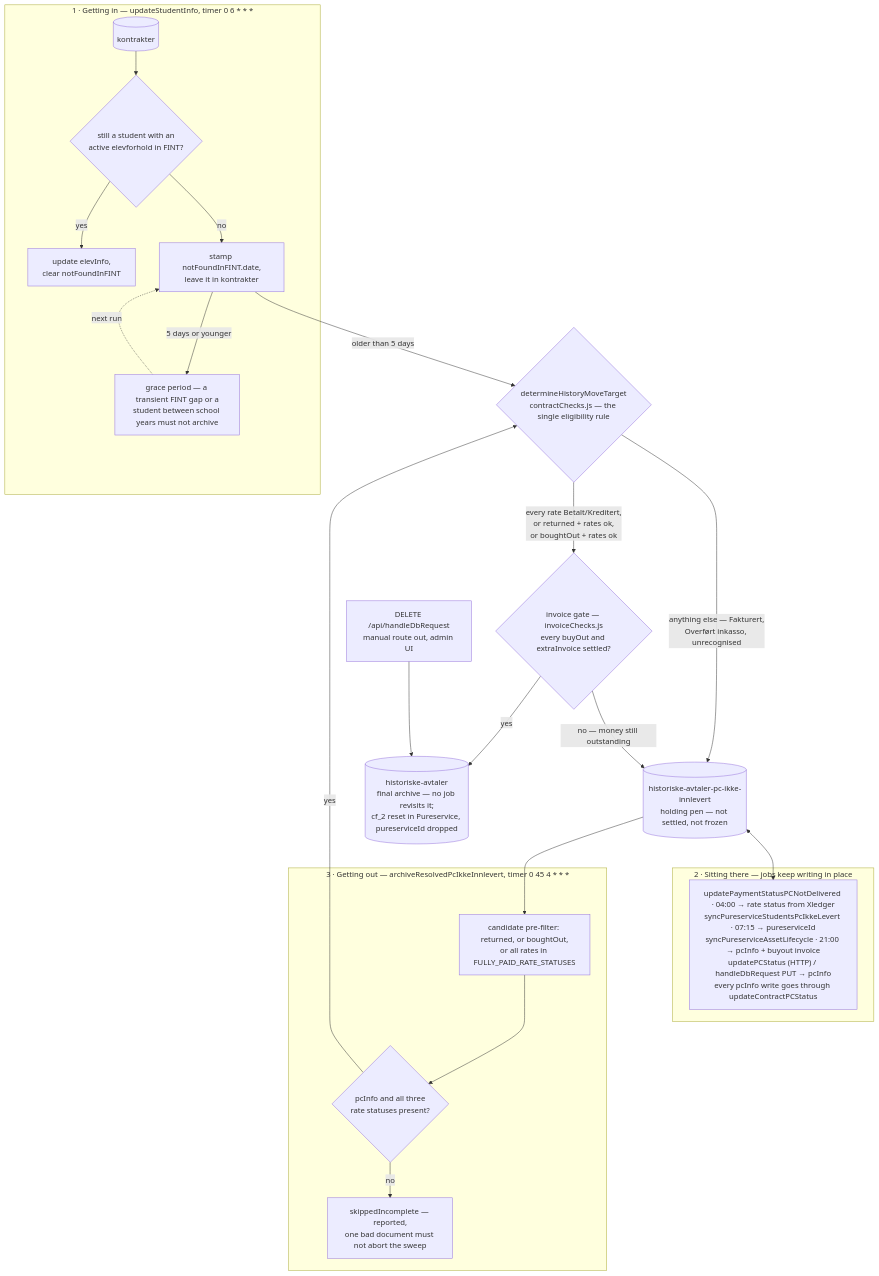
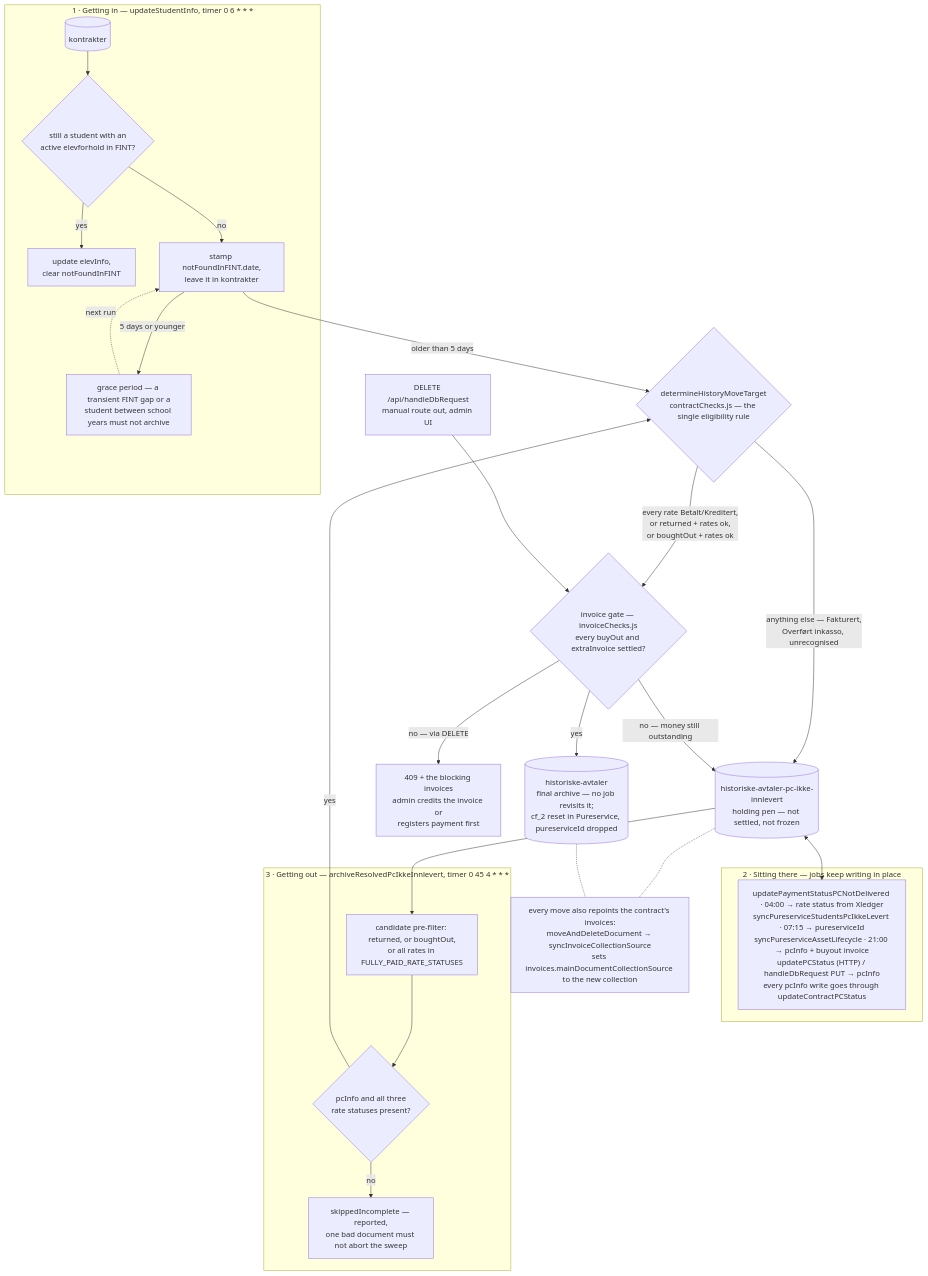
The diagram in docs/pc-ikke-innlevert-lifecycle.md (telemarkfylke/azf-elevkontrakt), drawn with Mermaid before and after one commit. The commit also changed other lines of this file and 16 other files, not shown here.

First line of the commit message:
feat: Implement contract resolution and invoice update mechanisms

````diff
--- a/docs/pc-ikke-innlevert-lifecycle.md
+++ b/docs/pc-ikke-innlevert-lifecycle.md
@@ -8,40 +8,45 @@
 ```mermaid
 flowchart TD
     subgraph inbound["1 · Getting in — updateStudentInfo, timer 0 6 * * *"]
         K[("kontrakter")] --> FINT{"still a student with an<br/>active elevforhold in FINT?"}
         FINT -->|"yes"| UPD["update elevInfo,<br/>clear notFoundInFINT"]
         FINT -->|"no"| STAMP["stamp notFoundInFINT.date,<br/>leave it in kontrakter"]
         STAMP -->|"5 days or younger"| WAIT["grace period — a transient FINT gap or a<br/>student between school years must not archive"]
         WAIT -.->|"next run"| STAMP
     end
 
     STAMP -->|"older than 5 days"| RULE
 
     RULE{"determineHistoryMoveTarget<br/>contractChecks.js — the single eligibility rule"}
     RULE -->|"every rate Betalt/Kreditert,<br/>or returned + rates ok,<br/>or boughtOut + rates ok"| GATE
     RULE -->|"anything else — Fakturert,<br/>Overført inkasso, unrecognised"| PEN
 
     GATE{"invoice gate — invoiceChecks.js<br/>every buyOut and extraInvoice settled?"}
     GATE -->|"no — money still outstanding"| PEN
+    GATE -->|"no — via DELETE"| R409["409 + the blocking invoices<br/>admin credits the invoice or<br/>registers payment first"]
     GATE -->|"yes"| ARCH[("historiske-avtaler<br/>final archive — no job revisits it;<br/>cf_2 reset in Pureservice, pureserviceId dropped")]
 
     PEN[("historiske-avtaler-pc-ikke-innlevert<br/>holding pen — not settled, not frozen")]
+
+    SYNC["every move also repoints the contract's invoices:<br/>moveAndDeleteDocument → syncInvoiceCollectionSource<br/>sets invoices.mainDocumentCollectionSource to the new collection"]
+    PEN -.- SYNC
+    ARCH -.- SYNC
 
     subgraph sitting["2 · Sitting there — jobs keep writing in place"]
         WRITES["updatePaymentStatusPCNotDelivered · 04:00 → rate status from Xledger<br/>syncPureserviceStudentsPcIkkeLevert · 07:15 → pureserviceId<br/>syncPureserviceAssetLifecycle · 21:00 → pcInfo + buyout invoice<br/>updatePCStatus (HTTP) / handleDbRequest PUT → pcInfo<br/>every pcInfo write goes through updateContractPCStatus"]
     end
 
     PEN <--> WRITES
 
     subgraph outbound["3 · Getting out — archiveResolvedPcIkkeInnlevert, timer 0 45 4 * * *"]
         CAND["candidate pre-filter: returned, or boughtOut,<br/>or all rates in FULLY_PAID_RATE_STATUSES"]
         DEC{"pcInfo and all three<br/>rate statuses present?"}
         CAND --> DEC
         DEC -->|"no"| INC["skippedIncomplete — reported,<br/>one bad document must not abort the sweep"]
     end
 
     PEN --> CAND
     DEC -->|"yes"| RULE
 
-    MAN["DELETE /api/handleDbRequest<br/>manual route out, admin UI"] --> ARCH
+    MAN["DELETE /api/handleDbRequest<br/>manual route out, admin UI"] --> GATE
 ```
````
